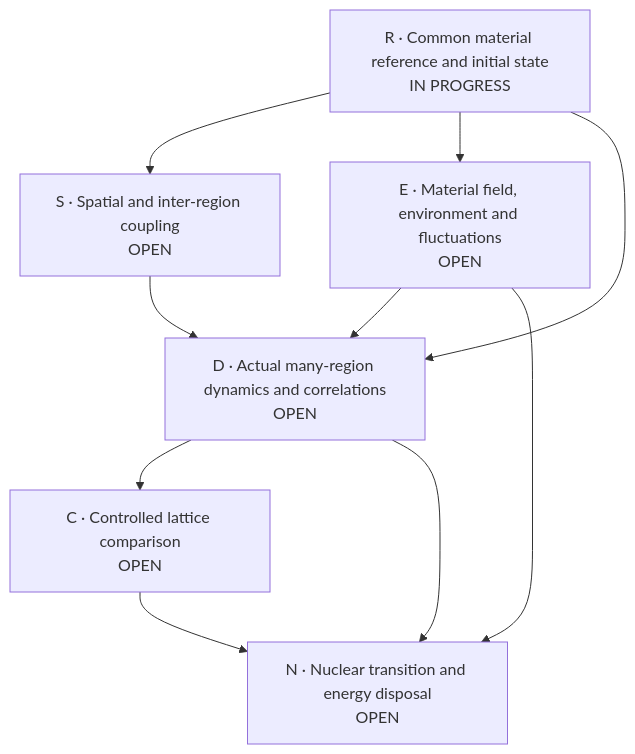
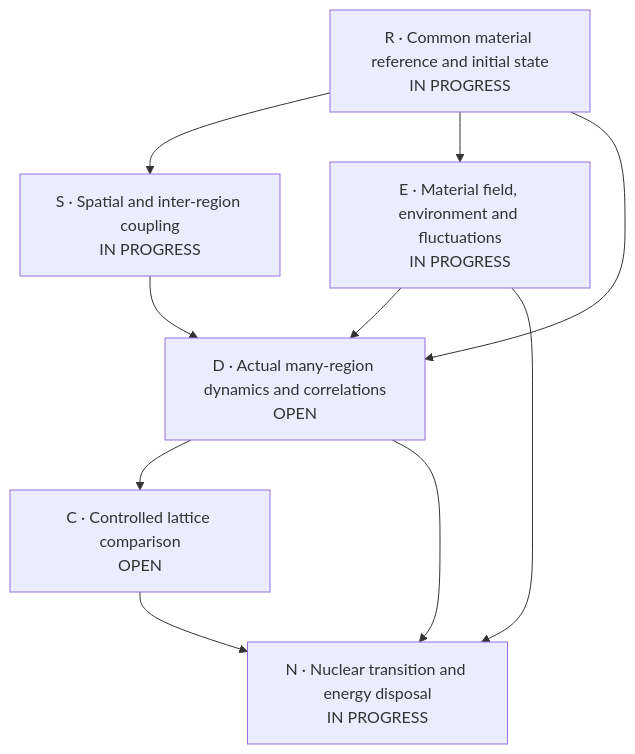
The first of 2 diagrams in proposals/P254-ni-collective-response/SOLUTION.md (giuliano-vantasner/substrate-framework), drawn with Mermaid before and after one commit. The commit also changed other lines of this file and 90 other files, not shown here.

Commit message:
P254: bank actual material spatial and noise results with reference integration

````diff
--- a/proposals/P254-ni-collective-response/SOLUTION.md
+++ b/proposals/P254-ni-collective-response/SOLUTION.md
@@ -16,18 +16,18 @@
 ```mermaid
 flowchart TD
     R["R · Common material reference and initial state\nIN PROGRESS"]
-    S["S · Spatial and inter-region coupling\nOPEN"]
-    E["E · Material field, environment and fluctuations\nOPEN"]
+    S["S · Spatial and inter-region coupling\nIN PROGRESS"]
+    E["E · Material field, environment and fluctuations\nIN PROGRESS"]
     D["D · Actual many-region dynamics and correlations\nOPEN"]
     C["C · Controlled lattice comparison\nOPEN"]
-    N["N · Nuclear transition and energy disposal\nOPEN"]
+    N["N · Nuclear transition and energy disposal\nIN PROGRESS"]
     R --> S
     R --> E
     R --> D
     S --> D
     E --> D
     D --> C
     E --> N
     D --> N
     C --> N
 ```
````
